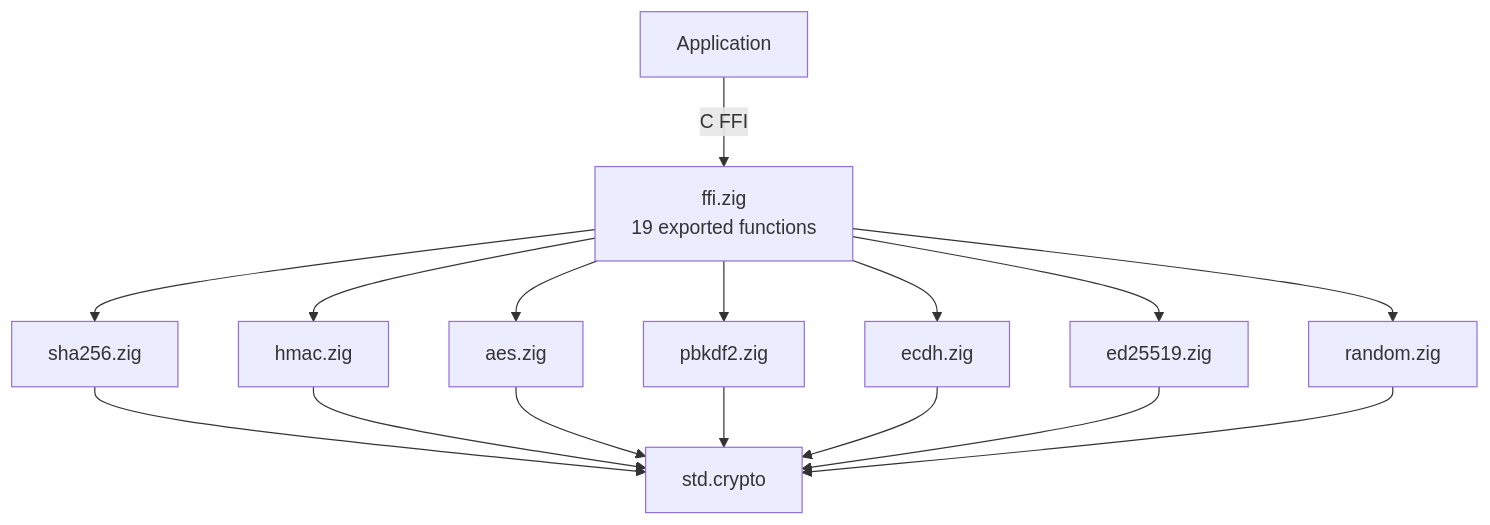
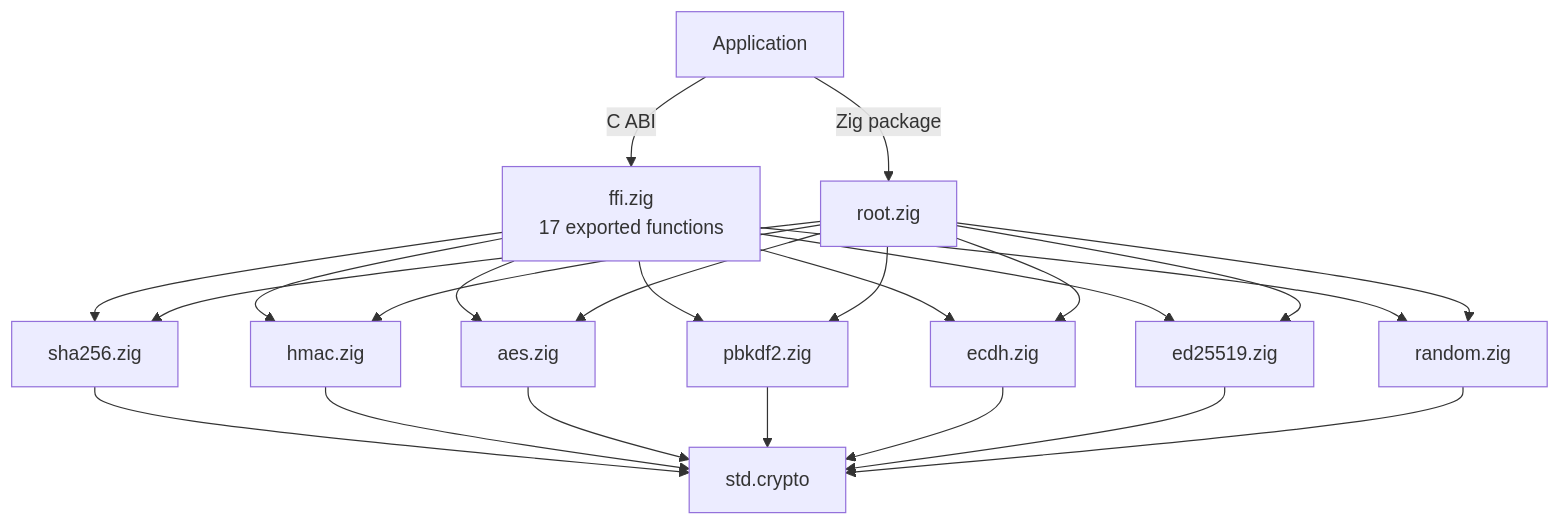
The diagram in README.md (Jesssullivan/zig-crypto), drawn with Mermaid before and after one commit. The commit also changed other lines of this file and 16 other files, not shown here.

Commit message:
Productionize zig-crypto package surface

````diff
--- a/README.md
+++ b/README.md
@@ -55,18 +63,26 @@
 ```mermaid
 graph TD
-    A[Application] -->|C FFI| B[ffi.zig<br/>19 exported functions]
+    A[Application] -->|C ABI| B[ffi.zig<br/>17 exported functions]
+    A -->|Zig package| R[root.zig]
     B --> C[sha256.zig]
     B --> D[hmac.zig]
     B --> E[aes.zig]
     B --> F[pbkdf2.zig]
     B --> G[ecdh.zig]
     B --> H[ed25519.zig]
     B --> I[random.zig]
+    R --> C
+    R --> D
+    R --> E
+    R --> F
+    R --> G
+    R --> H
+    R --> I
     C --> Z[std.crypto]
     D --> Z
     E --> Z
     F --> Z
     G --> Z
     H --> Z
     I --> Z
 ```
````
